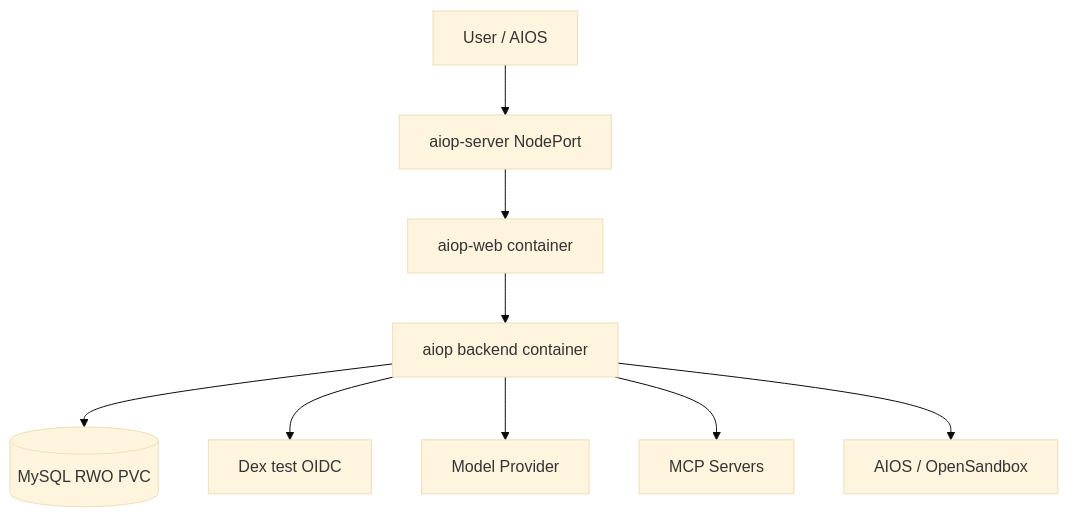
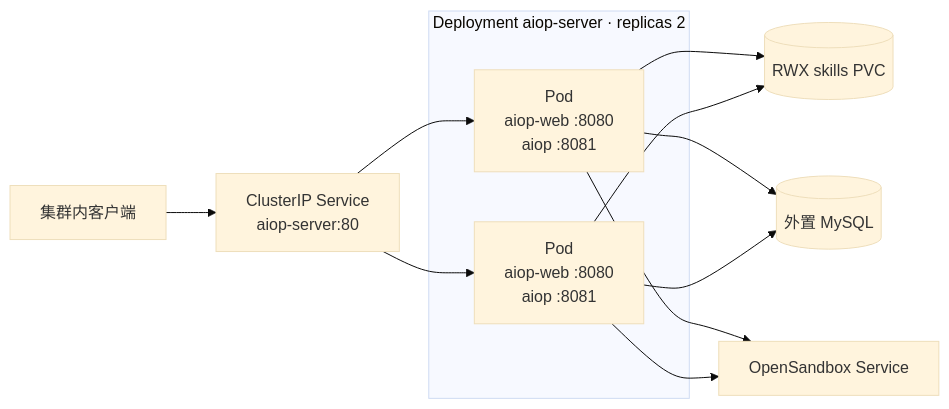
One commit to Wpxknight/agentdemo changed the first of 2 diagrams in docs/design/10-deployment-observability.md. Above: the diagram before and after it, drawn with Mermaid (base theme). The commit also changed other lines of this file and 30 other files, not shown here.

First line of the commit message:
feat: prepare AIOS deployment and refresh design docs

````diff
--- a/docs/design/10-deployment-observability.md
+++ b/docs/design/10-deployment-observability.md
@@ -7,20 +31,22 @@
 ```mermaid
-flowchart TB
-  User[User / AIOS]
-  Service[aiop-server NodePort]
-  Web[aiop-web container]
-  API[aiop backend container]
-  MySQL[(MySQL RWO PVC)]
-  Dex[Dex test OIDC]
-  Model[Model Provider]
-  MCP[MCP Servers]
-  Sandbox[AIOS / OpenSandbox]
+flowchart LR
+  Client[集群内客户端]
+  Service[ClusterIP Service<br/>aiop-server:80]
+  subgraph Deployment[Deployment aiop-server · replicas 2]
+    PodA[Pod<br/>aiop-web :8080<br/>aiop :8081]
+    PodB[Pod<br/>aiop-web :8080<br/>aiop :8081]
+  end
+  Skills[(RWX skills PVC)]
+  MySQL[(外置 MySQL)]
+  OpenSandbox[OpenSandbox Service]
 
-  User --> Service --> Web
-  Web --> API
-  API --> MySQL
-  API --> Dex
-  API --> Model
-  API --> MCP
-  API --> Sandbox
+  Client --> Service
+  Service --> PodA
+  Service --> PodB
+  PodA --> Skills
+  PodB --> Skills
+  PodA --> MySQL
+  PodB --> MySQL
+  PodA --> OpenSandbox
+  PodB --> OpenSandbox
 ```
````
